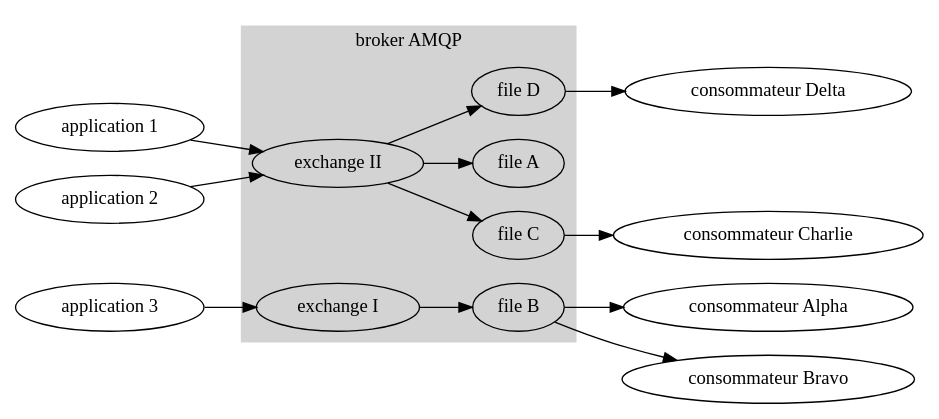
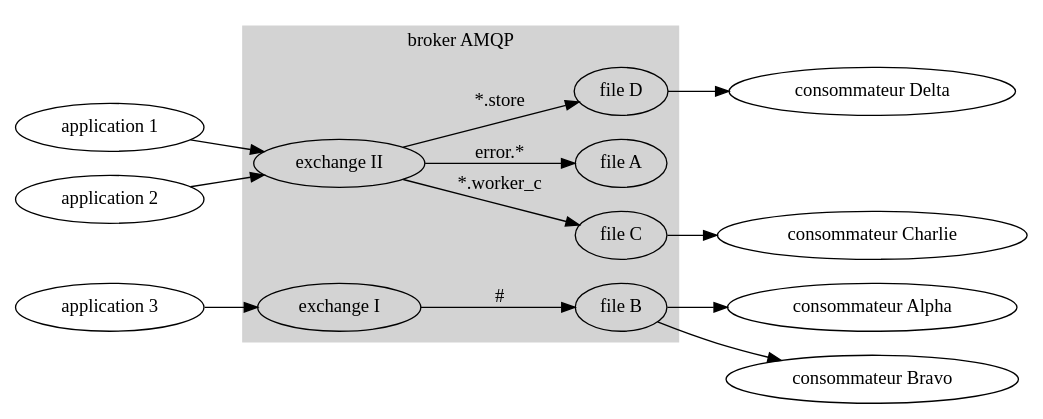
Before and after one commit to r6d/r6d.github.io: the diagram in assets/files/2015/12/mqs-principe.dot, drawn with Graphviz.

Commit message:
ajout des clefs de routage sur les files d'attente

```diff
--- a/assets/files/2015/12/mqs-principe.dot
+++ b/assets/files/2015/12/mqs-principe.dot
@@ -1,43 +1,47 @@
 digraph {
     rankdir=LR;
 
     // Expéditeurs
     app_a1[label="application 1"];
     app_a2[label="application 2"];
 
     app_b1[label="application 3"];
 
     // Point d'échange
     ex_a[label="exchange I"];
     ex_b[label="exchange II"];
 
     // Files d'attente
     q_a[label="file A"];
     q_b[label="file B"];
     q_c[label="file C"];
     q_d[label="file D"];
 
     // Consommateur
     c_a[label="consommateur Alpha"];
     c_b[label="consommateur Bravo"];
     c_c[label="consommateur Charlie"];
     c_d[label="consommateur Delta"];
 
     subgraph cluster_0 {
         style=filled;
         color=lightgrey;
         label="broker AMQP";
-        {ex_a} -> {q_b;};
-        {ex_b} -> {q_a; q_c; q_d};
+
+        {ex_a} -> {q_b;}[label="#"];
+
+        {ex_b} -> {q_a;}[label="error.*"];
+        {ex_b} -> {q_c;}[label="*.worker_c"];
+        {ex_b} -> {q_d;}[label="*.store"];
     }
 
     // Liens entrées
     {app_a1; app_a2 } -> {ex_b};
     {app_b1; } -> {ex_a};
 
     // Liens sorties
     q_b -> c_a;
     q_b -> c_b;
     q_c -> c_c;
     q_d -> c_d;
 }
```
